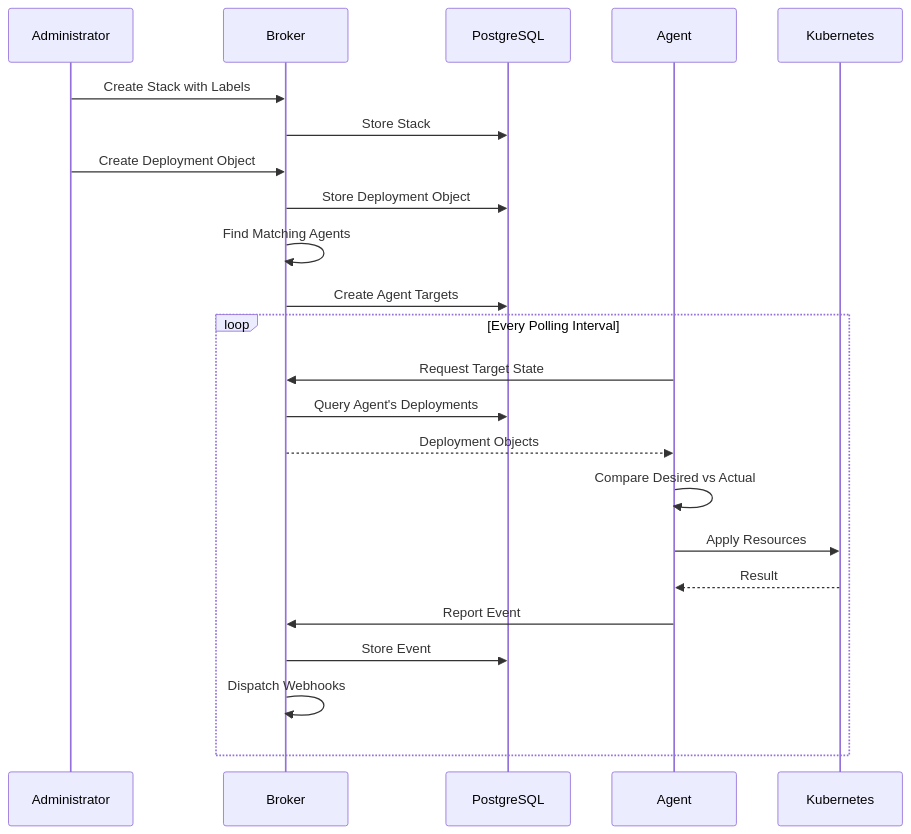
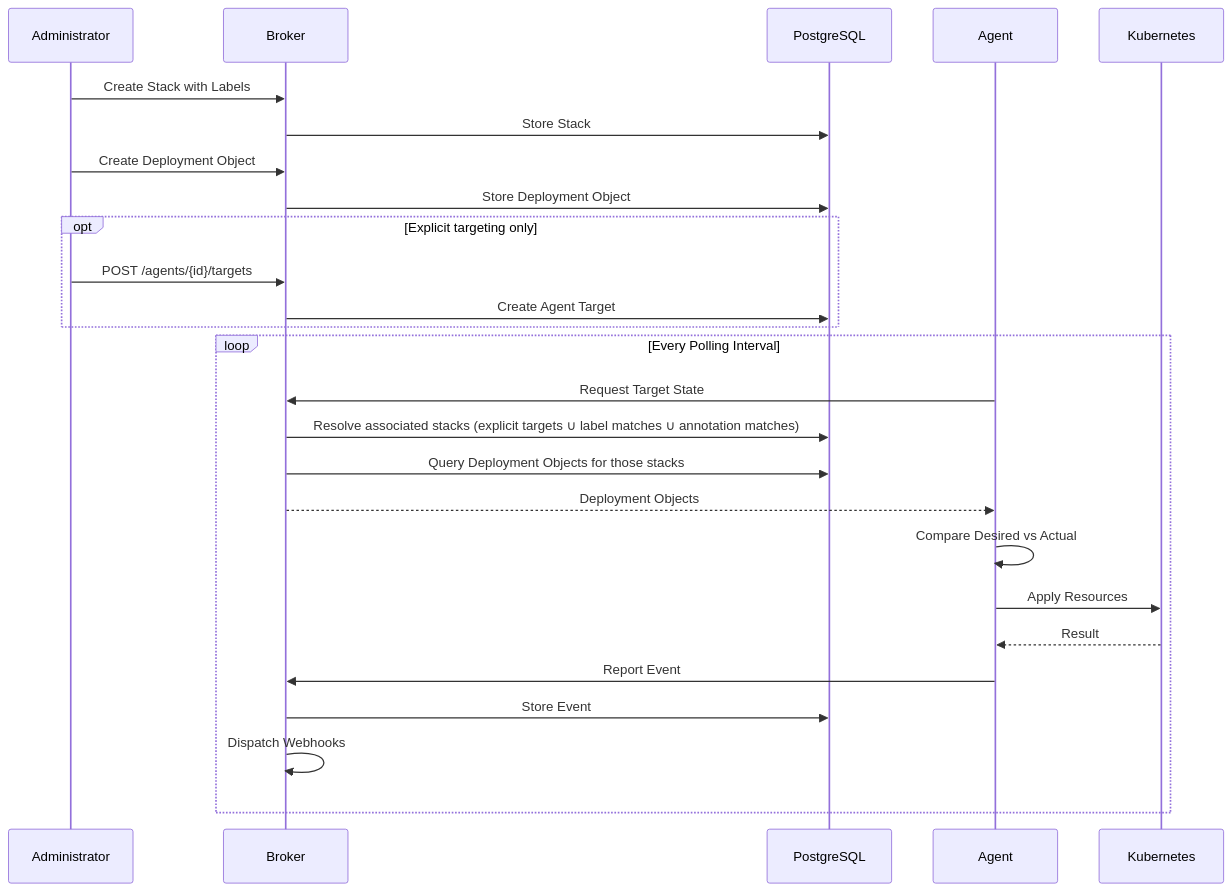
Before and after one commit to colliery-io/brokkr: the fifth of 6 diagrams in docs/src/explanation/architecture.md, drawn with Mermaid. The commit also changed other lines of this file and 178 other files, not shown here.

````diff
--- a/docs/src/explanation/architecture.md
+++ b/docs/src/explanation/architecture.md
@@ -241,27 +246,30 @@
 ```mermaid
 sequenceDiagram
     participant Admin as Administrator
     participant Broker as Broker
     participant DB as PostgreSQL
     participant Agent as Agent
     participant K8s as Kubernetes
 
     Admin->>Broker: Create Stack with Labels
     Broker->>DB: Store Stack
     Admin->>Broker: Create Deployment Object
     Broker->>DB: Store Deployment Object
-    Broker->>Broker: Find Matching Agents
-    Broker->>DB: Create Agent Targets
+    opt Explicit targeting only
+        Admin->>Broker: POST /agents/{id}/targets
+        Broker->>DB: Create Agent Target
+    end
 
     loop Every Polling Interval
         Agent->>Broker: Request Target State
-        Broker->>DB: Query Agent's Deployments
+        Broker->>DB: Resolve associated stacks (explicit targets ∪ label matches ∪ annotation matches)
+        Broker->>DB: Query Deployment Objects for those stacks
         Broker-->>Agent: Deployment Objects
         Agent->>Agent: Compare Desired vs Actual
         Agent->>K8s: Apply Resources
         K8s-->>Agent: Result
         Agent->>Broker: Report Event
         Broker->>DB: Store Event
         Broker->>Broker: Dispatch Webhooks
     end
 ```
````
